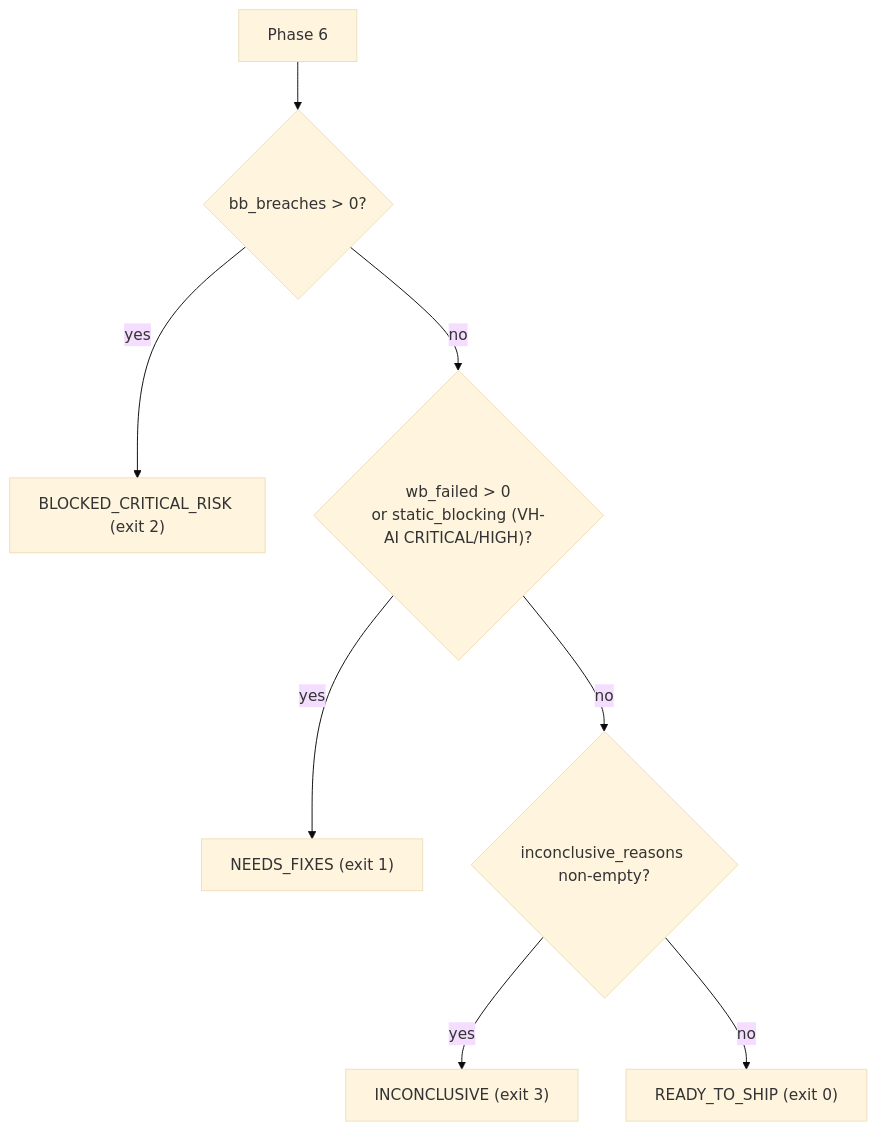
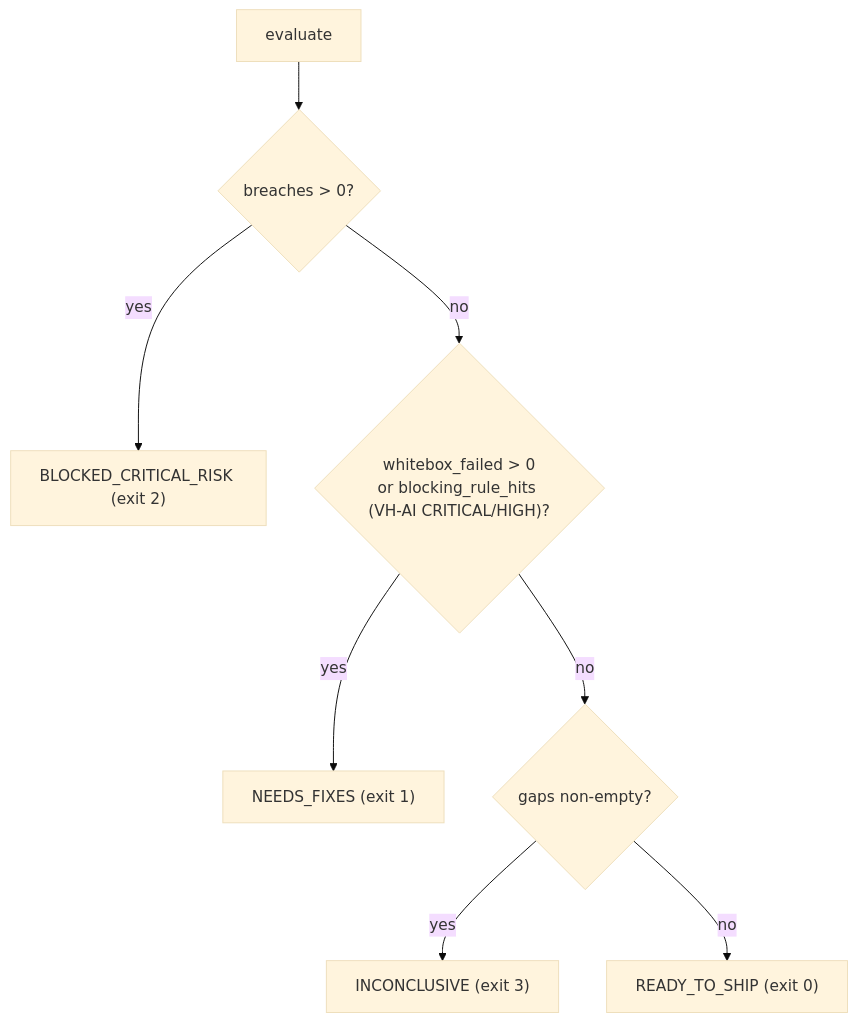
One commit to chinchiang/MultiAgentGama changed the third of 3 diagrams in docs/design.en.md. Above: the diagram before and after it, drawn with Mermaid (base theme). The commit also changed other lines of this file and 6 other files, not shown here.

````diff
--- a/docs/design.en.md
+++ b/docs/design.en.md
@@ -560,10 +564,10 @@
 ```mermaid
 flowchart TD
-    S["Phase 6"] --> B{"bb_breaches > 0?"}
+    S["evaluate"] --> B{"breaches > 0?"}
     B -- yes --> BLK["BLOCKED_CRITICAL_RISK (exit 2)"]
-    B -- no --> N{"wb_failed > 0<br/>or static_blocking (VH-AI CRITICAL/HIGH)?"}
+    B -- no --> N{"whitebox_failed > 0<br/>or blocking_rule_hits (VH-AI CRITICAL/HIGH)?"}
     N -- yes --> NF["NEEDS_FIXES (exit 1)"]
-    N -- no --> I{"inconclusive_reasons non-empty?"}
+    N -- no --> I{"gaps non-empty?"}
     I -- yes --> INC["INCONCLUSIVE (exit 3)"]
     I -- no --> R["READY_TO_SHIP (exit 0)"]
 ```
````
